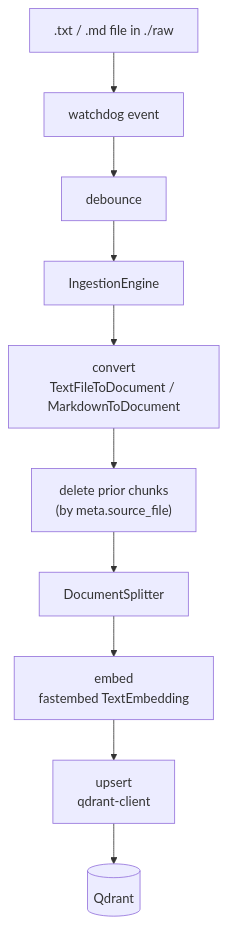
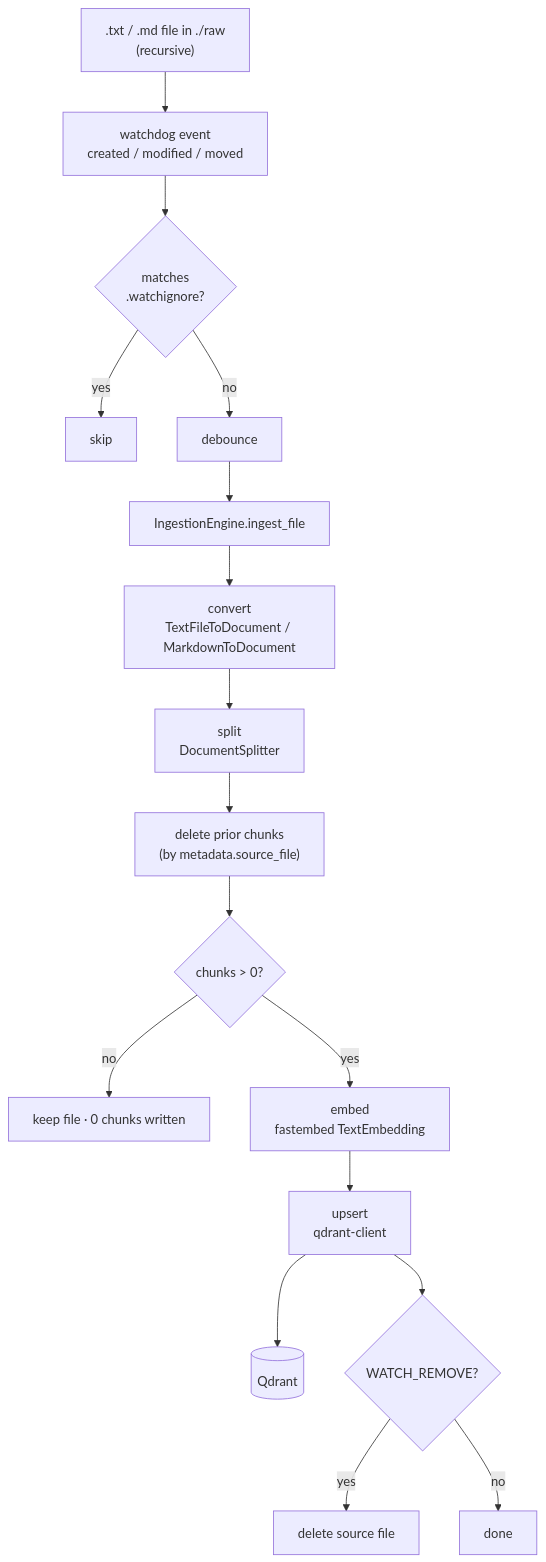
One commit to carlessanagustin/ingest-memory-rag changed the second of 2 diagrams in README.md. Above: the diagram before and after it, drawn with Mermaid. The commit also changed other lines of this file and 9 other files, not shown here.

First line of the commit message:
docs(readme): refactor intro, Compose architecture diagram, make commands, MCP, drop pi.dev (TASK-86..94)

````diff
--- a/README.md
+++ b/README.md
@@ -57,12 +70,19 @@
 ```mermaid
 flowchart TD
-    A[".txt / .md file in ./raw"] --> B["watchdog event"]
-    B --> C["debounce"]
-    C --> D["IngestionEngine"]
-    D --> E["convert<br/>TextFileToDocument / MarkdownToDocument"]
-    E --> F["delete prior chunks<br/>(by meta.source_file)"]
-    F --> G["DocumentSplitter"]
-    G --> H["embed<br/>fastembed TextEmbedding"]
-    H --> I["upsert<br/>qdrant-client"]
-    I --> Q[("Qdrant")]
+    A[".txt / .md file in ./raw<br/>(recursive)"] --> B["watchdog event<br/>created / modified / moved"]
+    B --> C{"matches<br/>.watchignore?"}
+    C -->|yes| SKIP["skip"]
+    C -->|no| D["debounce"]
+    D --> E["IngestionEngine.ingest_file"]
+    E --> F["convert<br/>TextFileToDocument / MarkdownToDocument"]
+    F --> G["split<br/>DocumentSplitter"]
+    G --> H["delete prior chunks<br/>(by metadata.source_file)"]
+    H --> I{"chunks > 0?"}
+    I -->|no| KEEP["keep file · 0 chunks written"]
+    I -->|yes| J["embed<br/>fastembed TextEmbedding"]
+    J --> K["upsert<br/>qdrant-client"]
+    K --> Q[("Qdrant")]
+    K --> R{"WATCH_REMOVE?"}
+    R -->|yes| DEL["delete source file"]
+    R -->|no| DONE["done"]
 ```
````
